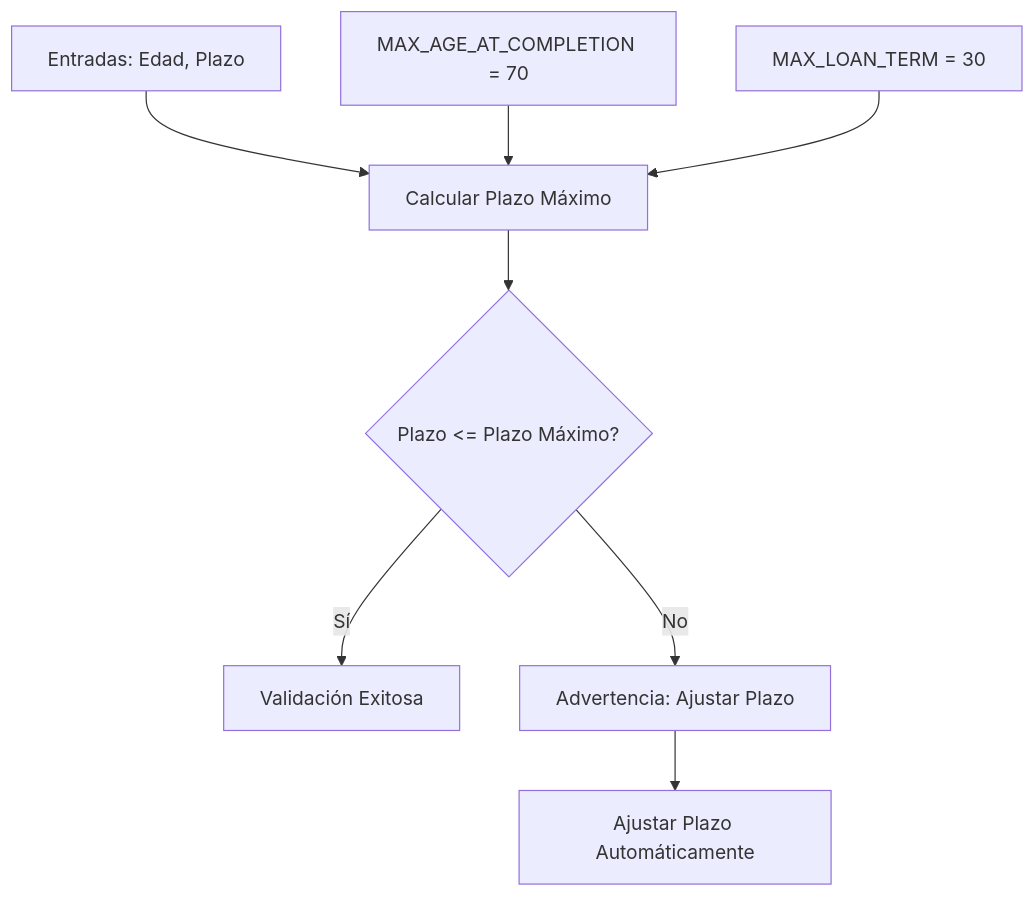
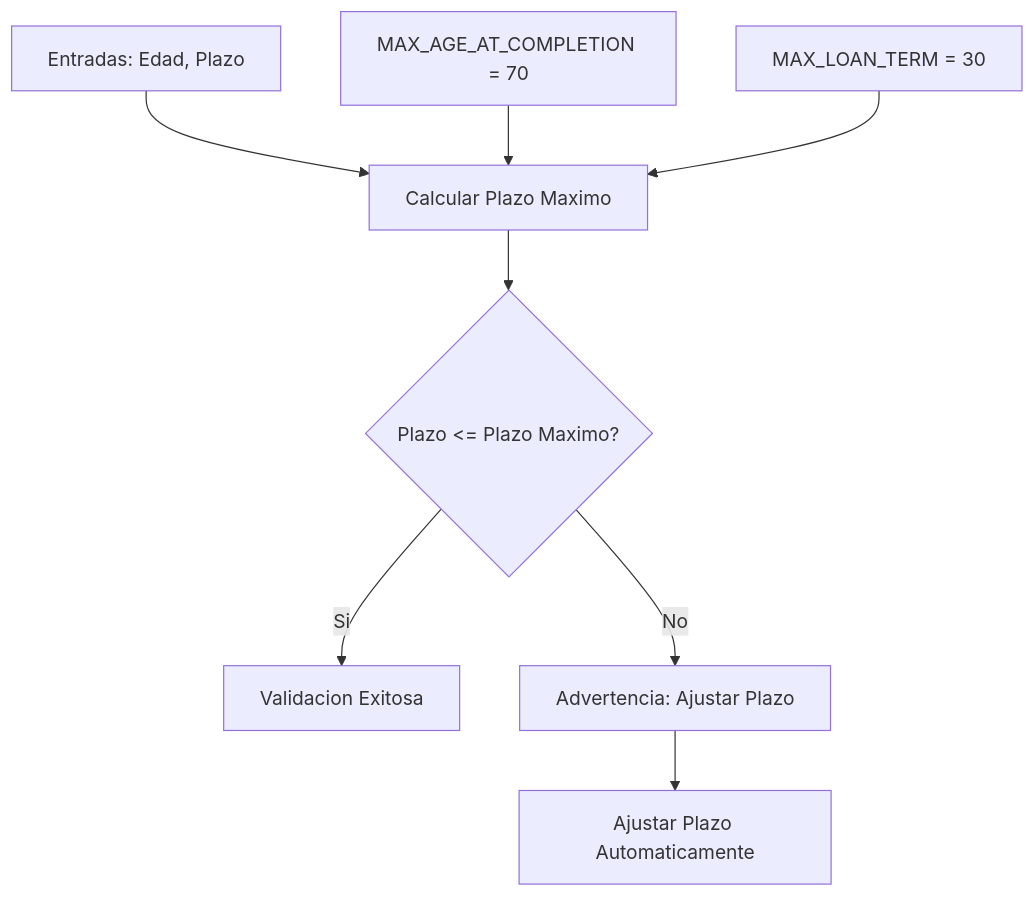
One commit to santiagoblanco22/calculator_dayana changed the sixth of 15 diagrams in diagrams/validations.md. Above: the diagram before and after it, drawn with Mermaid. The commit also changed other lines of this file and 3 other files, not shown here.

````diff
--- a/diagrams/validations.md
+++ b/diagrams/validations.md
@@ -86,11 +86,11 @@
 ```mermaid
 flowchart TD
-    A[Entradas: Edad, Plazo] --> B[Calcular Plazo Máximo]
-    B --> C{Plazo <= Plazo Máximo?}
-    C -->|Sí| D[Validación Exitosa]
+    A[Entradas: Edad, Plazo] --> B[Calcular Plazo Maximo]
+    B --> C{Plazo <= Plazo Maximo?}
+    C -->|Si| D[Validacion Exitosa]
     C -->|No| E[Advertencia: Ajustar Plazo]
-    E --> F[Ajustar Plazo Automáticamente]
+    E --> F[Ajustar Plazo Automaticamente]
 
     G[MAX_AGE_AT_COMPLETION = 70] --> B
     H[MAX_LOAN_TERM = 30] --> B
 ```
````
